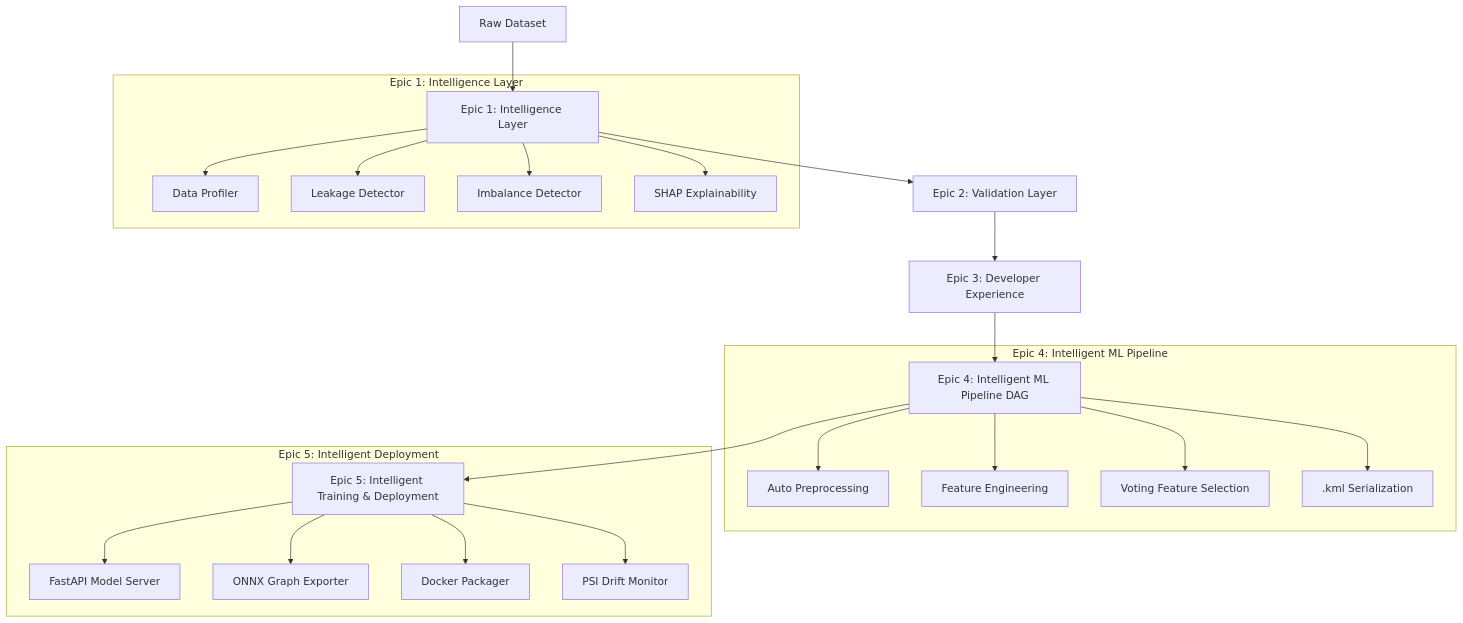
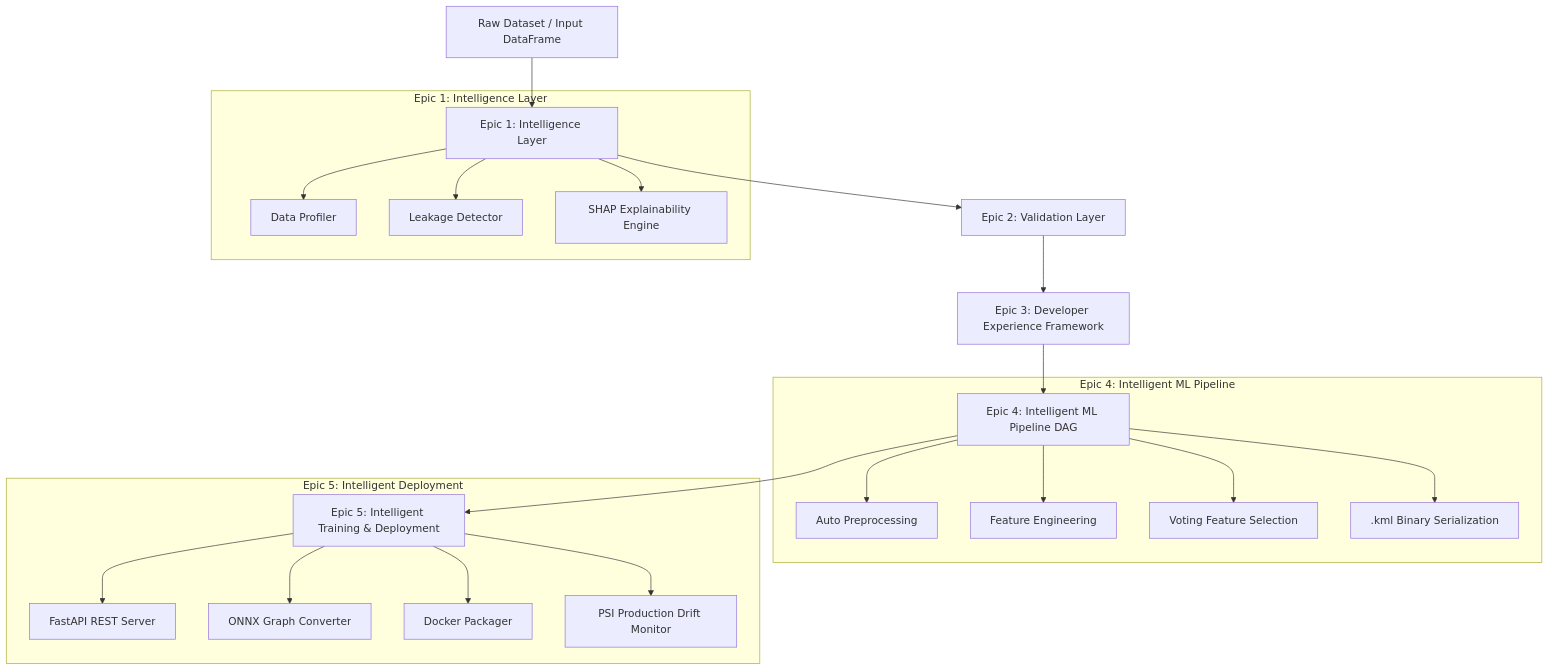
One commit to Priyatham27/kiteML changed the diagram in README.md. Above: the diagram before and after it, drawn with Mermaid. The commit also changed other lines of this file, not shown here.

Commit message:
docs: Refine README.md into high-converting 10/10 GitHub landing page following FastAPI/Typer design patterns

````diff
--- a/README.md
+++ b/README.md
@@ -220,29 +167,28 @@
 ```mermaid
 graph TD
-    RawData[Raw Dataset] --> Intel[Epic 1: Intelligence Layer]
+    RawData[Raw Dataset / Input DataFrame] --> Intel[Epic 1: Intelligence Layer]
     Intel --> Valid[Epic 2: Validation Layer]
-    Valid --> DX[Epic 3: Developer Experience]
+    Valid --> DX[Epic 3: Developer Experience Framework]
     DX --> Pipeline[Epic 4: Intelligent ML Pipeline DAG]
     Pipeline --> Deploy[Epic 5: Intelligent Training & Deployment]
 
     subgraph "Epic 1: Intelligence Layer"
         Intel --> Profiler[Data Profiler]
         Intel --> Leakage[Leakage Detector]
-        Intel --> Imbalance[Imbalance Detector]
-        Intel --> SHAP[SHAP Explainability]
+        Intel --> SHAP[SHAP Explainability Engine]
     end
 
     subgraph "Epic 4: Intelligent ML Pipeline"
         Pipeline --> Preproc[Auto Preprocessing]
         Pipeline --> FE[Feature Engineering]
         Pipeline --> FS[Voting Feature Selection]
-        Pipeline --> Serial[.kml Serialization]
+        Pipeline --> Serial[.kml Binary Serialization]
     end
 
     subgraph "Epic 5: Intelligent Deployment"
-        Deploy --> Serving[FastAPI Model Server]
-        Deploy --> ONNX[ONNX Graph Exporter]
+        Deploy --> Serving[FastAPI REST Server]
+        Deploy --> ONNX[ONNX Graph Converter]
         Deploy --> Docker[Docker Packager]
-        Deploy --> Drift[PSI Drift Monitor]
+        Deploy --> Drift[PSI Production Drift Monitor]
     end
 ```
````
